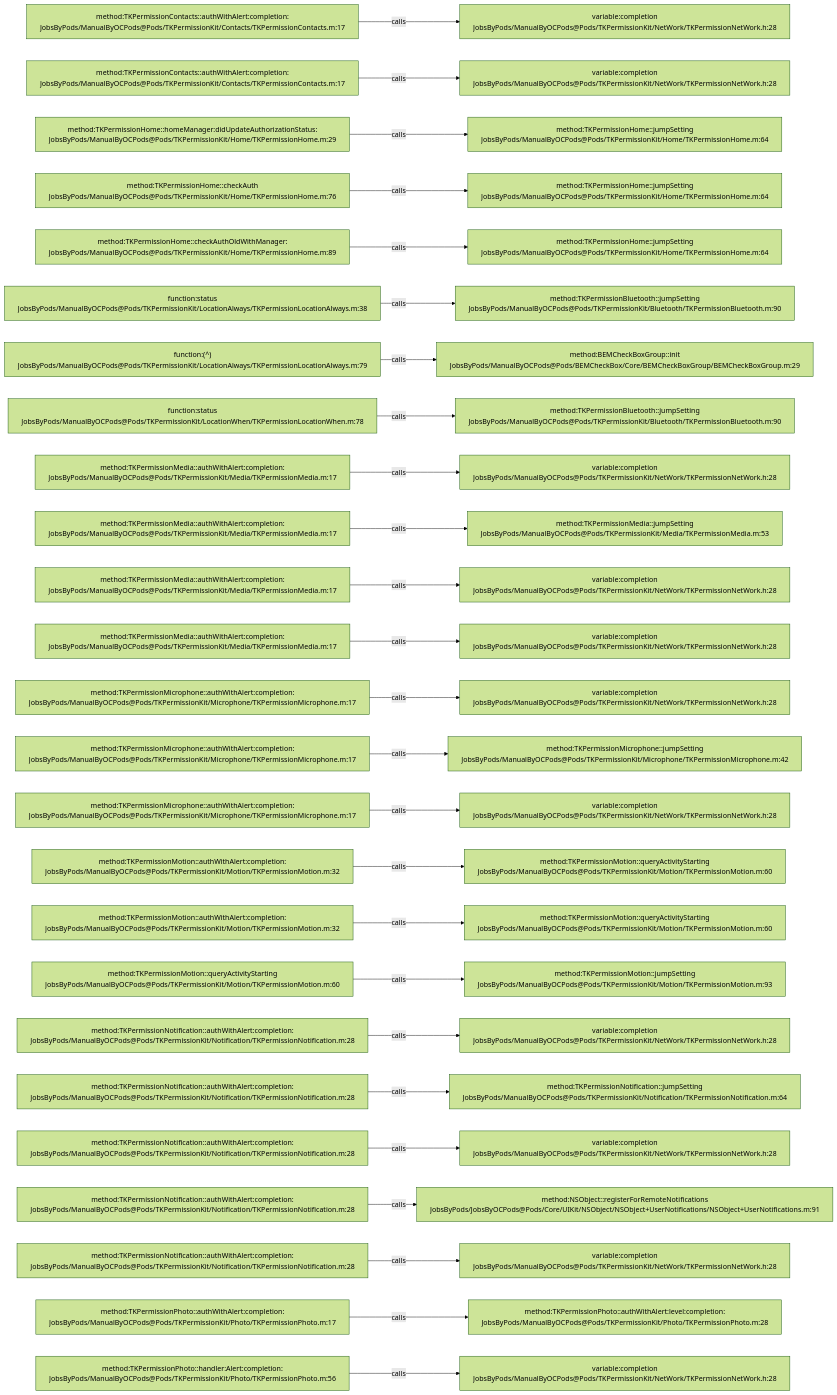
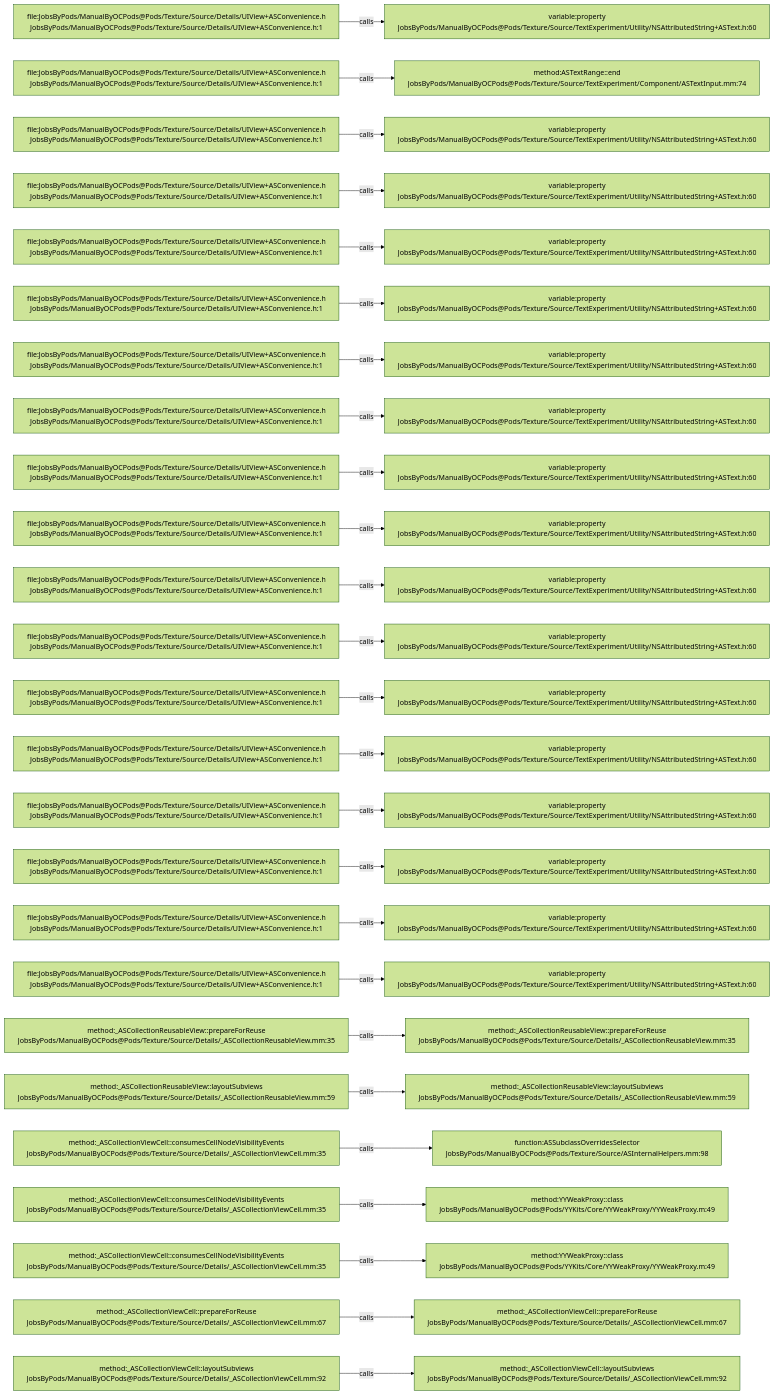
The diagram in .codegraph/codegraph.md/graphs/calls-178.md (JobsKits/JobsOCBaseConfigDemo), drawn with Mermaid (forest theme) before and after one commit. The commit also changed 2162 other files, not shown here.

````diff
--- a/.codegraph/codegraph.md/graphs/calls-178.md
+++ b/.codegraph/codegraph.md/graphs/calls-178.md
@@ -13,78 +13,78 @@
 ```mermaid
 flowchart LR
-  S1["method:TKPermissionContacts::authWithAlert:completion:<br/>JobsByPods/ManualByOCPods@Pods/TKPermissionKit/Contacts/TKPermissionContacts.m:17"]
-  T1["variable:completion<br/>JobsByPods/ManualByOCPods@Pods/TKPermissionKit/NetWork/TKPermissionNetWork.h:28"]
+  S1["file:JobsByPods/ManualByOCPods@Pods/Texture/Source/Details/UIView+ASConvenience.h<br/>JobsByPods/ManualByOCPods@Pods/Texture/Source/Details/UIView+ASConvenience.h:1"]
+  T1["variable:property<br/>JobsByPods/ManualByOCPods@Pods/Texture/Source/TextExperiment/Utility/NSAttributedString+ASText.h:60"]
   S1 -->|calls| T1
-  S2["method:TKPermissionContacts::authWithAlert:completion:<br/>JobsByPods/ManualByOCPods@Pods/TKPermissionKit/Contacts/TKPermissionContacts.m:17"]
-  T2["variable:completion<br/>JobsByPods/ManualByOCPods@Pods/TKPermissionKit/NetWork/TKPermissionNetWork.h:28"]
+  S2["file:JobsByPods/ManualByOCPods@Pods/Texture/Source/Details/UIView+ASConvenience.h<br/>JobsByPods/ManualByOCPods@Pods/Texture/Source/Details/UIView+ASConvenience.h:1"]
+  T2["method:ASTextRange::end<br/>JobsByPods/ManualByOCPods@Pods/Texture/Source/TextExperiment/Component/ASTextInput.mm:74"]
   S2 -->|calls| T2
-  S3["method:TKPermissionHome::homeManager:didUpdateAuthorizationStatus:<br/>JobsByPods/ManualByOCPods@Pods/TKPermissionKit/Home/TKPermissionHome.m:29"]
-  T3["method:TKPermissionHome::jumpSetting<br/>JobsByPods/ManualByOCPods@Pods/TKPermissionKit/Home/TKPermissionHome.m:64"]
+  S3["file:JobsByPods/ManualByOCPods@Pods/Texture/Source/Details/UIView+ASConvenience.h<br/>JobsByPods/ManualByOCPods@Pods/Texture/Source/Details/UIView+ASConvenience.h:1"]
+  T3["variable:property<br/>JobsByPods/ManualByOCPods@Pods/Texture/Source/TextExperiment/Utility/NSAttributedString+ASText.h:60"]
   S3 -->|calls| T3
-  S4["method:TKPermissionHome::checkAuth<br/>JobsByPods/ManualByOCPods@Pods/TKPermissionKit/Home/TKPermissionHome.m:76"]
-  T4["method:TKPermissionHome::jumpSetting<br/>JobsByPods/ManualByOCPods@Pods/TKPermissionKit/Home/TKPermissionHome.m:64"]
+  S4["file:JobsByPods/ManualByOCPods@Pods/Texture/Source/Details/UIView+ASConvenience.h<br/>JobsByPods/ManualByOCPods@Pods/Texture/Source/Details/UIView+ASConvenience.h:1"]
+  T4["variable:property<br/>JobsByPods/ManualByOCPods@Pods/Texture/Source/TextExperiment/Utility/NSAttributedString+ASText.h:60"]
   S4 -->|calls| T4
-  S5["method:TKPermissionHome::checkAuthOldWithManager:<br/>JobsByPods/ManualByOCPods@Pods/TKPermissionKit/Home/TKPermissionHome.m:89"]
-  T5["method:TKPermissionHome::jumpSetting<br/>JobsByPods/ManualByOCPods@Pods/TKPermissionKit/Home/TKPermissionHome.m:64"]
+  S5["file:JobsByPods/ManualByOCPods@Pods/Texture/Source/Details/UIView+ASConvenience.h<br/>JobsByPods/ManualByOCPods@Pods/Texture/Source/Details/UIView+ASConvenience.h:1"]
+  T5["variable:property<br/>JobsByPods/ManualByOCPods@Pods/Texture/Source/TextExperiment/Utility/NSAttributedString+ASText.h:60"]
   S5 -->|calls| T5
-  S6["function:status<br/>JobsByPods/ManualByOCPods@Pods/TKPermissionKit/LocationAlways/TKPermissionLocationAlways.m:38"]
-  T6["method:TKPermissionBluetooth::jumpSetting<br/>JobsByPods/ManualByOCPods@Pods/TKPermissionKit/Bluetooth/TKPermissionBluetooth.m:90"]
+  S6["file:JobsByPods/ManualByOCPods@Pods/Texture/Source/Details/UIView+ASConvenience.h<br/>JobsByPods/ManualByOCPods@Pods/Texture/Source/Details/UIView+ASConvenience.h:1"]
+  T6["variable:property<br/>JobsByPods/ManualByOCPods@Pods/Texture/Source/TextExperiment/Utility/NSAttributedString+ASText.h:60"]
   S6 -->|calls| T6
-  S7["function:(^)<br/>JobsByPods/ManualByOCPods@Pods/TKPermissionKit/LocationAlways/TKPermissionLocationAlways.m:79"]
-  T7["method:BEMCheckBoxGroup::init<br/>JobsByPods/ManualByOCPods@Pods/BEMCheckBox/Core/BEMCheckBoxGroup/BEMCheckBoxGroup.m:29"]
+  S7["file:JobsByPods/ManualByOCPods@Pods/Texture/Source/Details/UIView+ASConvenience.h<br/>JobsByPods/ManualByOCPods@Pods/Texture/Source/Details/UIView+ASConvenience.h:1"]
+  T7["variable:property<br/>JobsByPods/ManualByOCPods@Pods/Texture/Source/TextExperiment/Utility/NSAttributedString+ASText.h:60"]
   S7 -->|calls| T7
-  S8["function:status<br/>JobsByPods/ManualByOCPods@Pods/TKPermissionKit/LocationWhen/TKPermissionLocationWhen.m:78"]
-  T8["method:TKPermissionBluetooth::jumpSetting<br/>JobsByPods/ManualByOCPods@Pods/TKPermissionKit/Bluetooth/TKPermissionBluetooth.m:90"]
+  S8["file:JobsByPods/ManualByOCPods@Pods/Texture/Source/Details/UIView+ASConvenience.h<br/>JobsByPods/ManualByOCPods@Pods/Texture/Source/Details/UIView+ASConvenience.h:1"]
+  T8["variable:property<br/>JobsByPods/ManualByOCPods@Pods/Texture/Source/TextExperiment/Utility/NSAttributedString+ASText.h:60"]
   S8 -->|calls| T8
-  S9["method:TKPermissionMedia::authWithAlert:completion:<br/>JobsByPods/ManualByOCPods@Pods/TKPermissionKit/Media/TKPermissionMedia.m:17"]
-  T9["variable:completion<br/>JobsByPods/ManualByOCPods@Pods/TKPermissionKit/NetWork/TKPermissionNetWork.h:28"]
+  S9["file:JobsByPods/ManualByOCPods@Pods/Texture/Source/Details/UIView+ASConvenience.h<br/>JobsByPods/ManualByOCPods@Pods/Texture/Source/Details/UIView+ASConvenience.h:1"]
+  T9["variable:property<br/>JobsByPods/ManualByOCPods@Pods/Texture/Source/TextExperiment/Utility/NSAttributedString+ASText.h:60"]
   S9 -->|calls| T9
-  S10["method:TKPermissionMedia::authWithAlert:completion:<br/>JobsByPods/ManualByOCPods@Pods/TKPermissionKit/Media/TKPermissionMedia.m:17"]
-  T10["method:TKPermissionMedia::jumpSetting<br/>JobsByPods/ManualByOCPods@Pods/TKPermissionKit/Media/TKPermissionMedia.m:53"]
+  S10["file:JobsByPods/ManualByOCPods@Pods/Texture/Source/Details/UIView+ASConvenience.h<br/>JobsByPods/ManualByOCPods@Pods/Texture/Source/Details/UIView+ASConvenience.h:1"]
+  T10["variable:property<br/>JobsByPods/ManualByOCPods@Pods/Texture/Source/TextExperiment/Utility/NSAttributedString+ASText.h:60"]
   S10 -->|calls| T10
-  S11["method:TKPermissionMedia::authWithAlert:completion:<br/>JobsByPods/ManualByOCPods@Pods/TKPermissionKit/Media/TKPermissionMedia.m:17"]
-  T11["variable:completion<br/>JobsByPods/ManualByOCPods@Pods/TKPermissionKit/NetWork/TKPermissionNetWork.h:28"]
+  S11["file:JobsByPods/ManualByOCPods@Pods/Texture/Source/Details/UIView+ASConvenience.h<br/>JobsByPods/ManualByOCPods@Pods/Texture/Source/Details/UIView+ASConvenience.h:1"]
+  T11["variable:property<br/>JobsByPods/ManualByOCPods@Pods/Texture/Source/TextExperiment/Utility/NSAttributedString+ASText.h:60"]
   S11 -->|calls| T11
-  S12["method:TKPermissionMedia::authWithAlert:completion:<br/>JobsByPods/ManualByOCPods@Pods/TKPermissionKit/Media/TKPermissionMedia.m:17"]
-  T12["variable:completion<br/>JobsByPods/ManualByOCPods@Pods/TKPermissionKit/NetWork/TKPermissionNetWork.h:28"]
+  S12["file:JobsByPods/ManualByOCPods@Pods/Texture/Source/Details/UIView+ASConvenience.h<br/>JobsByPods/ManualByOCPods@Pods/Texture/Source/Details/UIView+ASConvenience.h:1"]
+  T12["variable:property<br/>JobsByPods/ManualByOCPods@Pods/Texture/Source/TextExperiment/Utility/NSAttributedString+ASText.h:60"]
   S12 -->|calls| T12
-  S13["method:TKPermissionMicrophone::authWithAlert:completion:<br/>JobsByPods/ManualByOCPods@Pods/TKPermissionKit/Microphone/TKPermissionMicrophone.m:17"]
-  T13["variable:completion<br/>JobsByPods/ManualByOCPods@Pods/TKPermissionKit/NetWork/TKPermissionNetWork.h:28"]
+  S13["file:JobsByPods/ManualByOCPods@Pods/Texture/Source/Details/UIView+ASConvenience.h<br/>JobsByPods/ManualByOCPods@Pods/Texture/Source/Details/UIView+ASConvenience.h:1"]
+  T13["variable:property<br/>JobsByPods/ManualByOCPods@Pods/Texture/Source/TextExperiment/Utility/NSAttributedString+ASText.h:60"]
   S13 -->|calls| T13
-  S14["method:TKPermissionMicrophone::authWithAlert:completion:<br/>JobsByPods/ManualByOCPods@Pods/TKPermissionKit/Microphone/TKPermissionMicrophone.m:17"]
-  T14["method:TKPermissionMicrophone::jumpSetting<br/>JobsByPods/ManualByOCPods@Pods/TKPermissionKit/Microphone/TKPermissionMicrophone.m:42"]
+  S14["file:JobsByPods/ManualByOCPods@Pods/Texture/Source/Details/UIView+ASConvenience.h<br/>JobsByPods/ManualByOCPods@Pods/Texture/Source/Details/UIView+ASConvenience.h:1"]
+  T14["variable:property<br/>JobsByPods/ManualByOCPods@Pods/Texture/Source/TextExperiment/Utility/NSAttributedString+ASText.h:60"]
   S14 -->|calls| T14
-  S15["method:TKPermissionMicrophone::authWithAlert:completion:<br/>JobsByPods/ManualByOCPods@Pods/TKPermissionKit/Microphone/TKPermissionMicrophone.m:17"]
-  T15["variable:completion<br/>JobsByPods/ManualByOCPods@Pods/TKPermissionKit/NetWork/TKPermissionNetWork.h:28"]
+  S15["file:JobsByPods/ManualByOCPods@Pods/Texture/Source/Details/UIView+ASConvenience.h<br/>JobsByPods/ManualByOCPods@Pods/Texture/Source/Details/UIView+ASConvenience.h:1"]
+  T15["variable:property<br/>JobsByPods/ManualByOCPods@Pods/Texture/Source/TextExperiment/Utility/NSAttributedString+ASText.h:60"]
   S15 -->|calls| T15
-  S16["method:TKPermissionMotion::authWithAlert:completion:<br/>JobsByPods/ManualByOCPods@Pods/TKPermissionKit/Motion/TKPermissionMotion.m:32"]
-  T16["method:TKPermissionMotion::queryActivityStarting<br/>JobsByPods/ManualByOCPods@Pods/TKPermissionKit/Motion/TKPermissionMotion.m:60"]
+  S16["file:JobsByPods/ManualByOCPods@Pods/Texture/Source/Details/UIView+ASConvenience.h<br/>JobsByPods/ManualByOCPods@Pods/Texture/Source/Details/UIView+ASConvenience.h:1"]
+  T16["variable:property<br/>JobsByPods/ManualByOCPods@Pods/Texture/Source/TextExperiment/Utility/NSAttributedString+ASText.h:60"]
   S16 -->|calls| T16
-  S17["method:TKPermissionMotion::authWithAlert:completion:<br/>JobsByPods/ManualByOCPods@Pods/TKPermissionKit/Motion/TKPermissionMotion.m:32"]
-  T17["method:TKPermissionMotion::queryActivityStarting<br/>JobsByPods/ManualByOCPods@Pods/TKPermissionKit/Motion/TKPermissionMotion.m:60"]
+  S17["file:JobsByPods/ManualByOCPods@Pods/Texture/Source/Details/UIView+ASConvenience.h<br/>JobsByPods/ManualByOCPods@Pods/Texture/Source/Details/UIView+ASConvenience.h:1"]
+  T17["variable:property<br/>JobsByPods/ManualByOCPods@Pods/Texture/Source/TextExperiment/Utility/NSAttributedString+ASText.h:60"]
   S17 -->|calls| T17
-  S18["method:TKPermissionMotion::queryActivityStarting<br/>JobsByPods/ManualByOCPods@Pods/TKPermissionKit/Motion/TKPermissionMotion.m:60"]
-  T18["method:TKPermissionMotion::jumpSetting<br/>JobsByPods/ManualByOCPods@Pods/TKPermissionKit/Motion/TKPermissionMotion.m:93"]
+  S18["file:JobsByPods/ManualByOCPods@Pods/Texture/Source/Details/UIView+ASConvenience.h<br/>JobsByPods/ManualByOCPods@Pods/Texture/Source/Details/UIView+ASConvenience.h:1"]
+  T18["variable:property<br/>JobsByPods/ManualByOCPods@Pods/Texture/Source/TextExperiment/Utility/NSAttributedString+ASText.h:60"]
   S18 -->|calls| T18
-  S19["method:TKPermissionNotification::authWithAlert:completion:<br/>JobsByPods/ManualByOCPods@Pods/TKPermissionKit/Notification/TKPermissionNotification.m:28"]
-  T19["variable:completion<br/>JobsByPods/ManualByOCPods@Pods/TKPermissionKit/NetWork/TKPermissionNetWork.h:28"]
+  S19["method:_ASCollectionReusableView::prepareForReuse<br/>JobsByPods/ManualByOCPods@Pods/Texture/Source/Details/_ASCollectionReusableView.mm:35"]
+  T19["method:_ASCollectionReusableView::prepareForReuse<br/>JobsByPods/ManualByOCPods@Pods/Texture/Source/Details/_ASCollectionReusableView.mm:35"]
   S19 -->|calls| T19
-  S20["method:TKPermissionNotification::authWithAlert:completion:<br/>JobsByPods/ManualByOCPods@Pods/TKPermissionKit/Notification/TKPermissionNotification.m:28"]
-  T20["method:TKPermissionNotification::jumpSetting<br/>JobsByPods/ManualByOCPods@Pods/TKPermissionKit/Notification/TKPermissionNotification.m:64"]
+  S20["method:_ASCollectionReusableView::layoutSubviews<br/>JobsByPods/ManualByOCPods@Pods/Texture/Source/Details/_ASCollectionReusableView.mm:59"]
+  T20["method:_ASCollectionReusableView::layoutSubviews<br/>JobsByPods/ManualByOCPods@Pods/Texture/Source/Details/_ASCollectionReusableView.mm:59"]
   S20 -->|calls| T20
-  S21["method:TKPermissionNotification::authWithAlert:completion:<br/>JobsByPods/ManualByOCPods@Pods/TKPermissionKit/Notification/TKPermissionNotification.m:28"]
-  T21["variable:completion<br/>JobsByPods/ManualByOCPods@Pods/TKPermissionKit/NetWork/TKPermissionNetWork.h:28"]
+  S21["method:_ASCollectionViewCell::consumesCellNodeVisibilityEvents<br/>JobsByPods/ManualByOCPods@Pods/Texture/Source/Details/_ASCollectionViewCell.mm:35"]
+  T21["function:ASSubclassOverridesSelector<br/>JobsByPods/ManualByOCPods@Pods/Texture/Source/ASInternalHelpers.mm:98"]
   S21 -->|calls| T21
-  S22["method:TKPermissionNotification::authWithAlert:completion:<br/>JobsByPods/ManualByOCPods@Pods/TKPermissionKit/Notification/TKPermissionNotification.m:28"]
-  T22["method:NSObject::registerForRemoteNotifications<br/>JobsByPods/JobsByOCPods@Pods/Core/UIKit/NSObject/NSObject+UserNotifications/NSObject+UserNotifications.m:91"]
+  S22["method:_ASCollectionViewCell::consumesCellNodeVisibilityEvents<br/>JobsByPods/ManualByOCPods@Pods/Texture/Source/Details/_ASCollectionViewCell.mm:35"]
+  T22["method:YYWeakProxy::class<br/>JobsByPods/ManualByOCPods@Pods/YYKits/Core/YYWeakProxy/YYWeakProxy.m:49"]
   S22 -->|calls| T22
-  S23["method:TKPermissionNotification::authWithAlert:completion:<br/>JobsByPods/ManualByOCPods@Pods/TKPermissionKit/Notification/TKPermissionNotification.m:28"]
-  T23["variable:completion<br/>JobsByPods/ManualByOCPods@Pods/TKPermissionKit/NetWork/TKPermissionNetWork.h:28"]
+  S23["method:_ASCollectionViewCell::consumesCellNodeVisibilityEvents<br/>JobsByPods/ManualByOCPods@Pods/Texture/Source/Details/_ASCollectionViewCell.mm:35"]
+  T23["method:YYWeakProxy::class<br/>JobsByPods/ManualByOCPods@Pods/YYKits/Core/YYWeakProxy/YYWeakProxy.m:49"]
   S23 -->|calls| T23
-  S24["method:TKPermissionPhoto::authWithAlert:completion:<br/>JobsByPods/ManualByOCPods@Pods/TKPermissionKit/Photo/TKPermissionPhoto.m:17"]
-  T24["method:TKPermissionPhoto::authWithAlert:level:completion:<br/>JobsByPods/ManualByOCPods@Pods/TKPermissionKit/Photo/TKPermissionPhoto.m:28"]
+  S24["method:_ASCollectionViewCell::prepareForReuse<br/>JobsByPods/ManualByOCPods@Pods/Texture/Source/Details/_ASCollectionViewCell.mm:67"]
+  T24["method:_ASCollectionViewCell::prepareForReuse<br/>JobsByPods/ManualByOCPods@Pods/Texture/Source/Details/_ASCollectionViewCell.mm:67"]
   S24 -->|calls| T24
-  S25["method:TKPermissionPhoto::handler:Alert:completion:<br/>JobsByPods/ManualByOCPods@Pods/TKPermissionKit/Photo/TKPermissionPhoto.m:56"]
-  T25["variable:completion<br/>JobsByPods/ManualByOCPods@Pods/TKPermissionKit/NetWork/TKPermissionNetWork.h:28"]
+  S25["method:_ASCollectionViewCell::layoutSubviews<br/>JobsByPods/ManualByOCPods@Pods/Texture/Source/Details/_ASCollectionViewCell.mm:92"]
+  T25["method:_ASCollectionViewCell::layoutSubviews<br/>JobsByPods/ManualByOCPods@Pods/Texture/Source/Details/_ASCollectionViewCell.mm:92"]
   S25 -->|calls| T25
 ```
````
